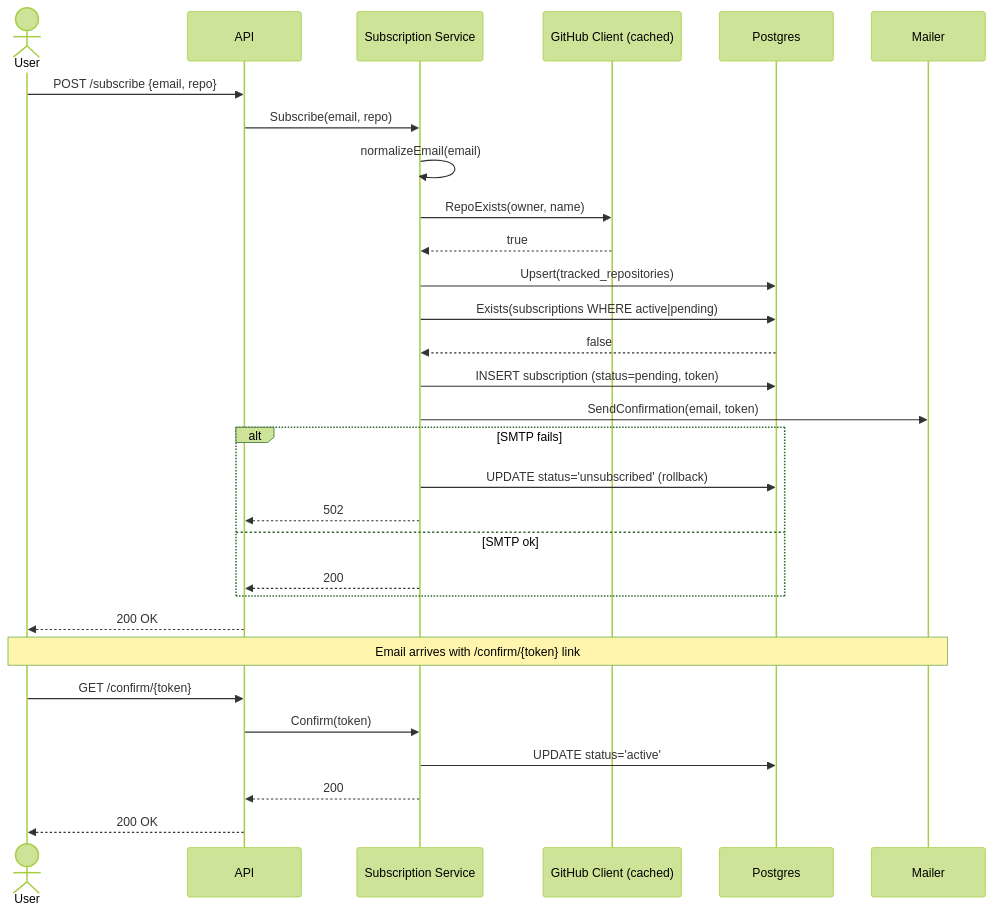
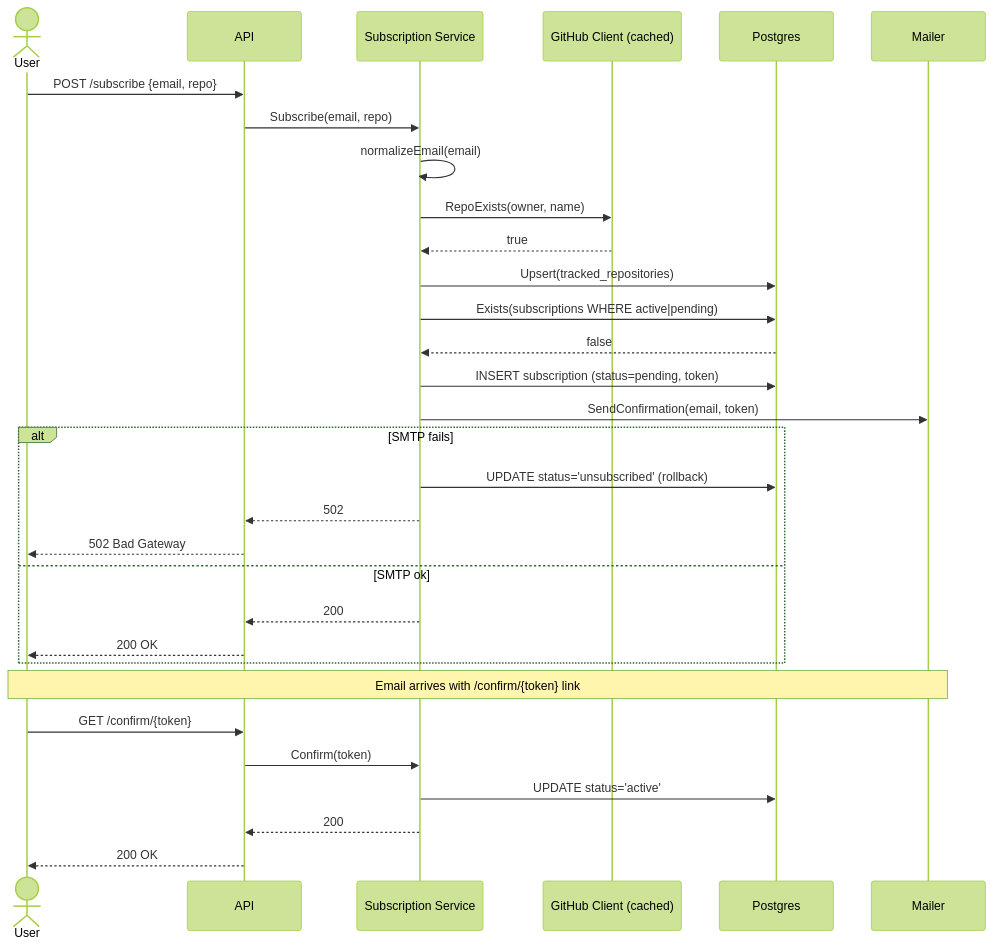
The third of 5 diagrams in docs/system-design.md (GenesisEducationKyiv/software-engineering-school-6-0-mashta-lilia), drawn with Mermaid (forest theme) before and after one commit. The commit also changed other lines of this file, not shown here.

Commit message:
docs: unify at-most-once wording and fix subscribe sequence response branches

````diff
--- a/docs/system-design.md
+++ b/docs/system-design.md
@@ -158,33 +159,34 @@
 ```mermaid
 sequenceDiagram
     actor U as User
     participant API as API
     participant S as Subscription Service
     participant GH as GitHub Client (cached)
     participant DB as Postgres
     participant M as Mailer
 
     U->>API: POST /subscribe {email, repo}
     API->>S: Subscribe(email, repo)
     S->>S: normalizeEmail(email)
     S->>GH: RepoExists(owner, name)
     GH-->>S: true
     S->>DB: Upsert(tracked_repositories)
     S->>DB: Exists(subscriptions WHERE active|pending)
     DB-->>S: false
     S->>DB: INSERT subscription (status=pending, token)
     S->>M: SendConfirmation(email, token)
     alt SMTP fails
         S->>DB: UPDATE status='unsubscribed'  (rollback)
         S-->>API: 502
+        API-->>U: 502 Bad Gateway
     else SMTP ok
         S-->>API: 200
+        API-->>U: 200 OK
     end
-    API-->>U: 200 OK
     Note over U,M: Email arrives with /confirm/{token} link
     U->>API: GET /confirm/{token}
     API->>S: Confirm(token)
     S->>DB: UPDATE status='active'
     S-->>API: 200
     API-->>U: 200 OK
 ```
````
